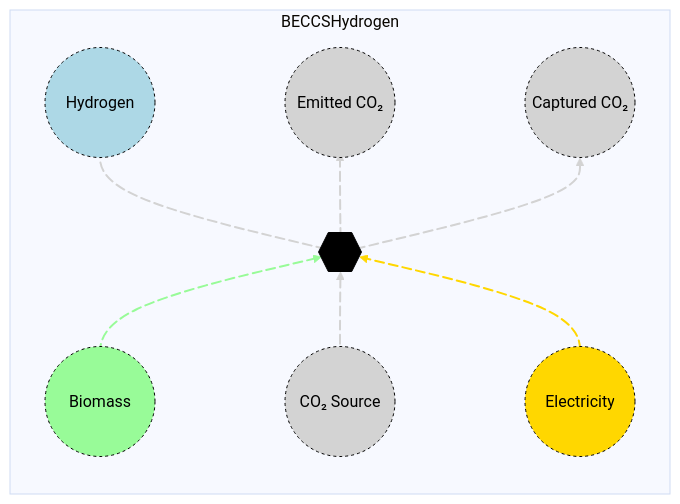
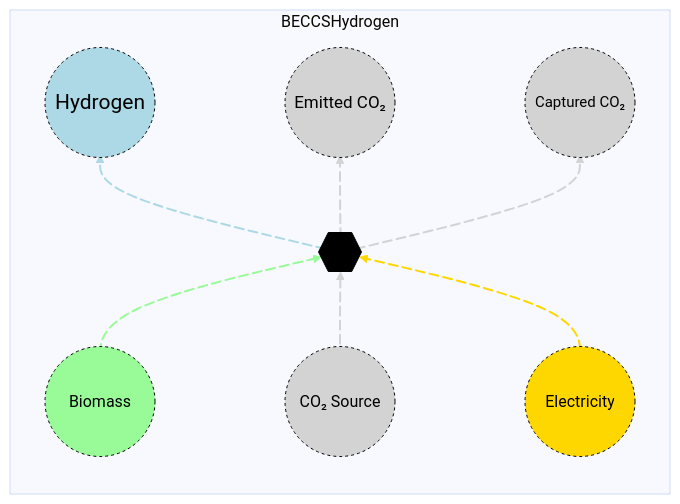
One commit to openmod-tracker/MacroEnergy.jl changed the third of 14 diagrams in docs/src/Manual/Assets.md. Above: the diagram before and after it, drawn with Mermaid. The commit also changed other lines of this file and 12 other files, not shown here.

Commit message:
Fix Mermaid diagram rendering issues in asset library

````diff
--- a/docs/src/Manual/Assets.md
+++ b/docs/src/Manual/Assets.md
@@ -75,33 +75,33 @@
 ```mermaid
 %%{init: {'theme': 'base', 'themeVariables': { 'background': '#D1EBDE' }}}%%
 flowchart LR
   subgraph BECCSHydrogen
   direction BT
     B((Biomass)) e1@--> A{{..}}
     C((CO₂ Source)) e2@--> A
     D((Electricity)) e3@--> A
     A e4@--> E((Hydrogen))
     A e5@--> F((Emitted CO₂))
     A e6@--> G((Captured CO₂))
     e1@{ animate: true }
     e2@{ animate: true }
     e3@{ animate: true }
     e4@{ animate: true }
     e5@{ animate: true }
     e6@{ animate: true }
  end
     style A fill:black,stroke:black,color:black;
     style B r:55px,fill:palegreen,stroke:black,color:black, stroke-dasharray: 3,5;
     style C r:55px,fill:lightgray,stroke:black,color:black, stroke-dasharray: 3,5;
     style D r:55px,fill:#FFD700,stroke:black,color:black, stroke-dasharray: 3,5;
-    style E r:55px,fill:lightblue,stroke:black,color:black, stroke-dasharray: 3,5;
-    style F r:55px,fill:lightgray,stroke:black,color:black, stroke-dasharray: 3,5;
-    style G r:55px,fill:lightgray,stroke:black,color:black, stroke-dasharray: 3,5;
+    style E font-size:21px,r:55px,fill:lightblue,stroke:black,color:black, stroke-dasharray: 3,5;
+    style F font-size:17px,r:55px,fill:lightgray,stroke:black,color:black, stroke-dasharray: 3,5;
+    style G font-size:15px,r:55px,fill:lightgray,stroke:black,color:black, stroke-dasharray: 3,5;
 
     linkStyle 0 stroke:palegreen, stroke-width: 2px;
     linkStyle 1 stroke:lightgray, stroke-width: 2px;
     linkStyle 2 stroke:#FFD700, stroke-width: 2px;
-    linkStyle 3 stroke:lightgray, stroke-width: 2px;
+    linkStyle 3 stroke:lightblue, stroke-width: 2px;
     linkStyle 4 stroke:lightgray, stroke-width: 2px;
     linkStyle 5 stroke:lightgray, stroke-width: 2px;
 ```
````
